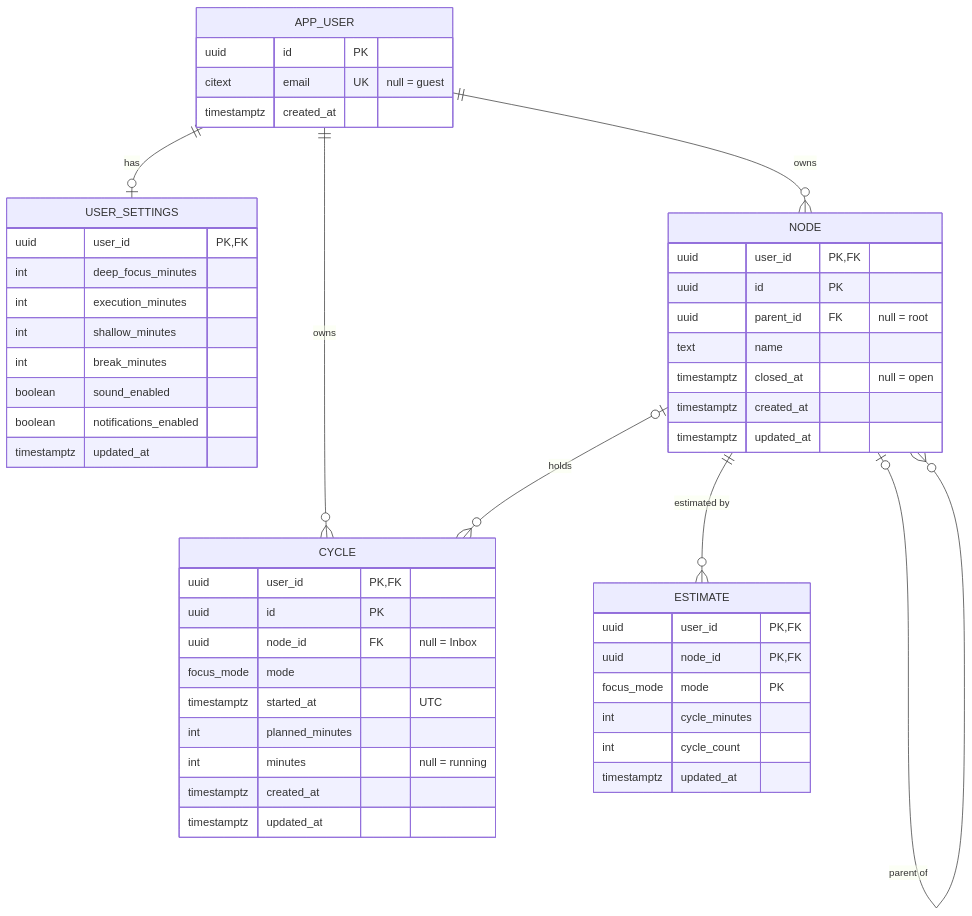
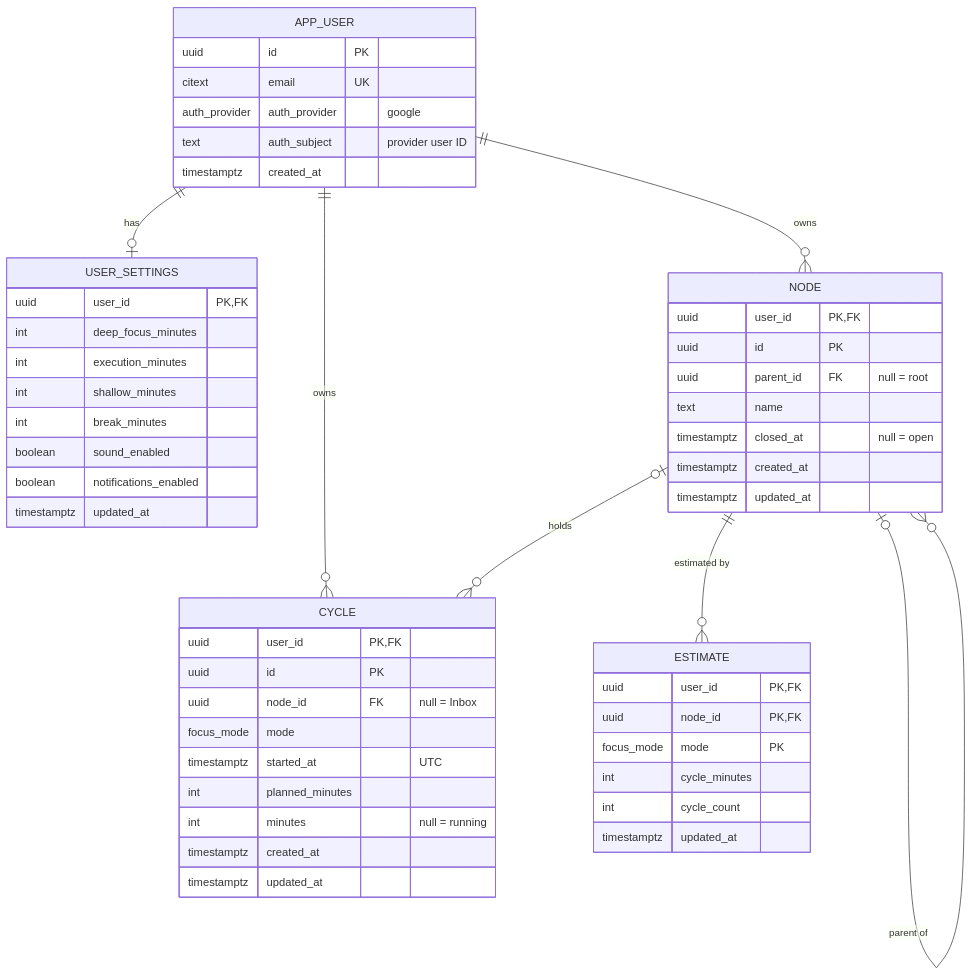
The first of 2 diagrams in docs/schema.md (SaumyaKarnwal/focus-ledger), drawn with Mermaid before and after one commit. The commit also changed other lines of this file and 1 other file, not shown here.

First line of the commit message:
docs: identify users by provider subject; oneof sign-in credential

````diff
--- a/docs/schema.md
+++ b/docs/schema.md
@@ -45,53 +45,55 @@
 ```mermaid
 erDiagram
     APP_USER ||--o| USER_SETTINGS : "has"
     APP_USER ||--o{ NODE : "owns"
     APP_USER ||--o{ CYCLE : "owns"
     NODE |o--o{ NODE : "parent of"
     NODE |o--o{ CYCLE : "holds"
     NODE ||--o{ ESTIMATE : "estimated by"
 
     APP_USER {
         uuid id PK
-        citext email UK "null = guest"
+        citext email UK
+        auth_provider auth_provider "google"
+        text auth_subject "provider user ID"
         timestamptz created_at
     }
     USER_SETTINGS {
         uuid user_id PK, FK
         int deep_focus_minutes
         int execution_minutes
         int shallow_minutes
         int break_minutes
         boolean sound_enabled
         boolean notifications_enabled
         timestamptz updated_at
     }
     NODE {
         uuid user_id PK, FK
         uuid id PK
         uuid parent_id FK "null = root"
         text name
         timestamptz closed_at "null = open"
         timestamptz created_at
         timestamptz updated_at
     }
     CYCLE {
         uuid user_id PK, FK
         uuid id PK
         uuid node_id FK "null = Inbox"
         focus_mode mode
         timestamptz started_at "UTC"
         int planned_minutes
         int minutes "null = running"
         timestamptz created_at
         timestamptz updated_at
     }
     ESTIMATE {
         uuid user_id PK, FK
         uuid node_id PK, FK
         focus_mode mode PK
         int cycle_minutes
         int cycle_count
         timestamptz updated_at
     }
 ```
````
